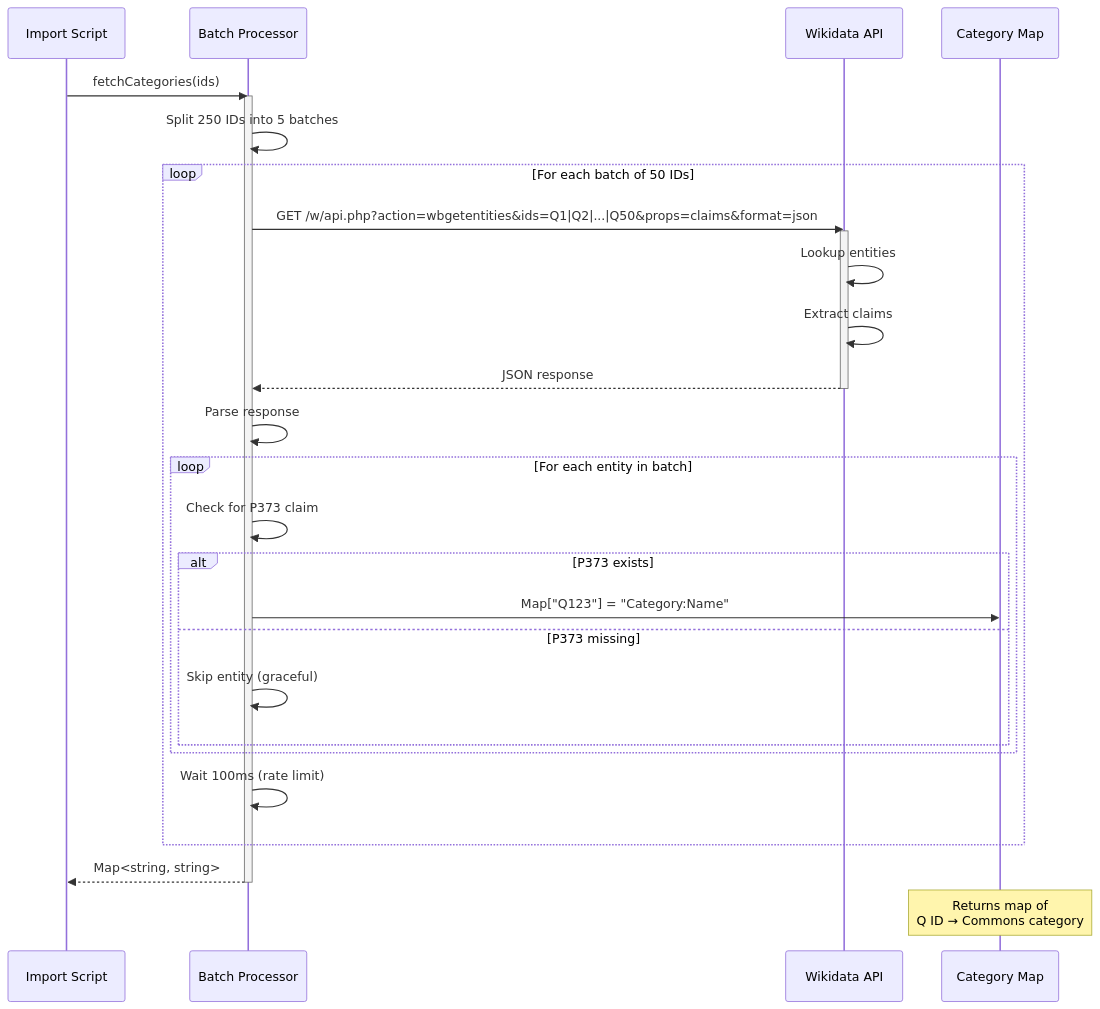
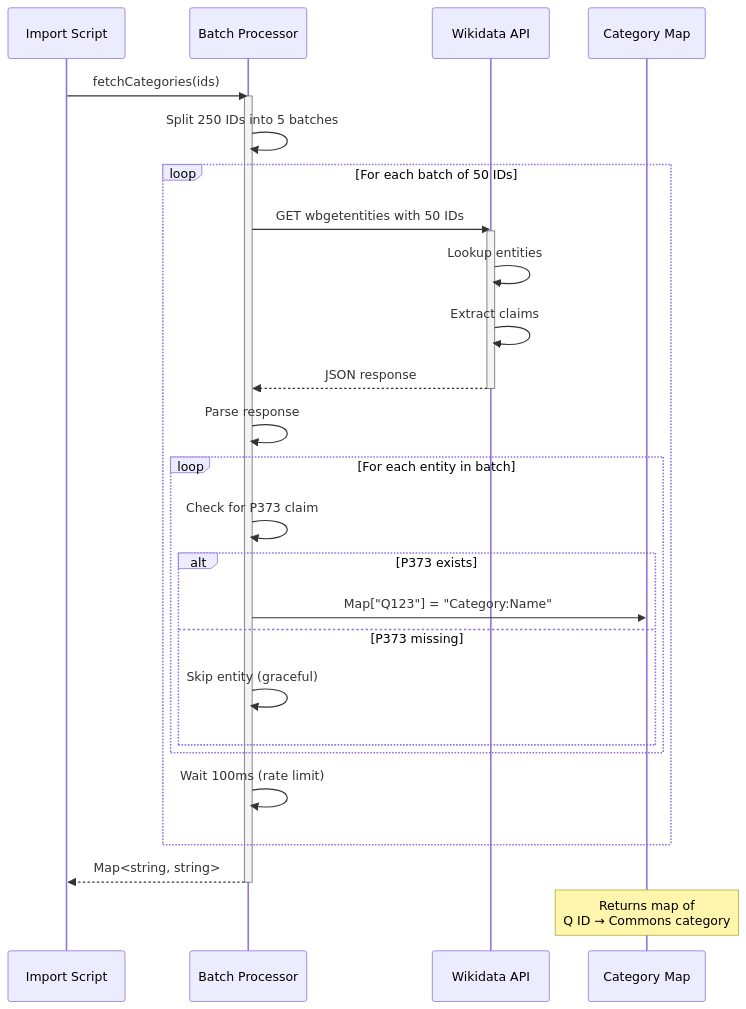
Before and after one commit to DaxServer/geocode-commons-categories: diagram 12 of 16 in docs/import/api-interactions.md, drawn with Mermaid. The commit also changed other lines of this file and 4 other files, not shown here.

````diff
--- a/docs/import/api-interactions.md
+++ b/docs/import/api-interactions.md
@@ -331,40 +331,40 @@
 ```mermaid
 sequenceDiagram
     participant Client as Import Script
     participant Batch as Batch Processor
     participant API as Wikidata API
     participant Map as Category Map
 
     Client->>Batch: fetchCategories(ids)
     activate Batch
 
     Batch->>Batch: Split 250 IDs into 5 batches
 
     loop For each batch of 50 IDs
-        Batch->>API: GET /w/api.php?action=wbgetentities&ids=Q1|Q2|...|Q50&props=claims&format=json
+        Batch->>API: GET wbgetentities with 50 IDs
         activate API
 
         API->>API: Lookup entities
         API->>API: Extract claims
         API-->>Batch: JSON response
         deactivate API
 
         Batch->>Batch: Parse response
 
         loop For each entity in batch
             Batch->>Batch: Check for P373 claim
             alt P373 exists
                 Batch->>Map: Map["Q123"] = "Category:Name"
             else P373 missing
                 Batch->>Batch: Skip entity (graceful)
             end
         end
 
         Batch->>Batch: Wait 100ms (rate limit)
     end
 
     Batch-->>Client: Map<string, string>
     deactivate Batch
 
     Note over Map: Returns map of<br/>Q ID → Commons category
 ```
````
